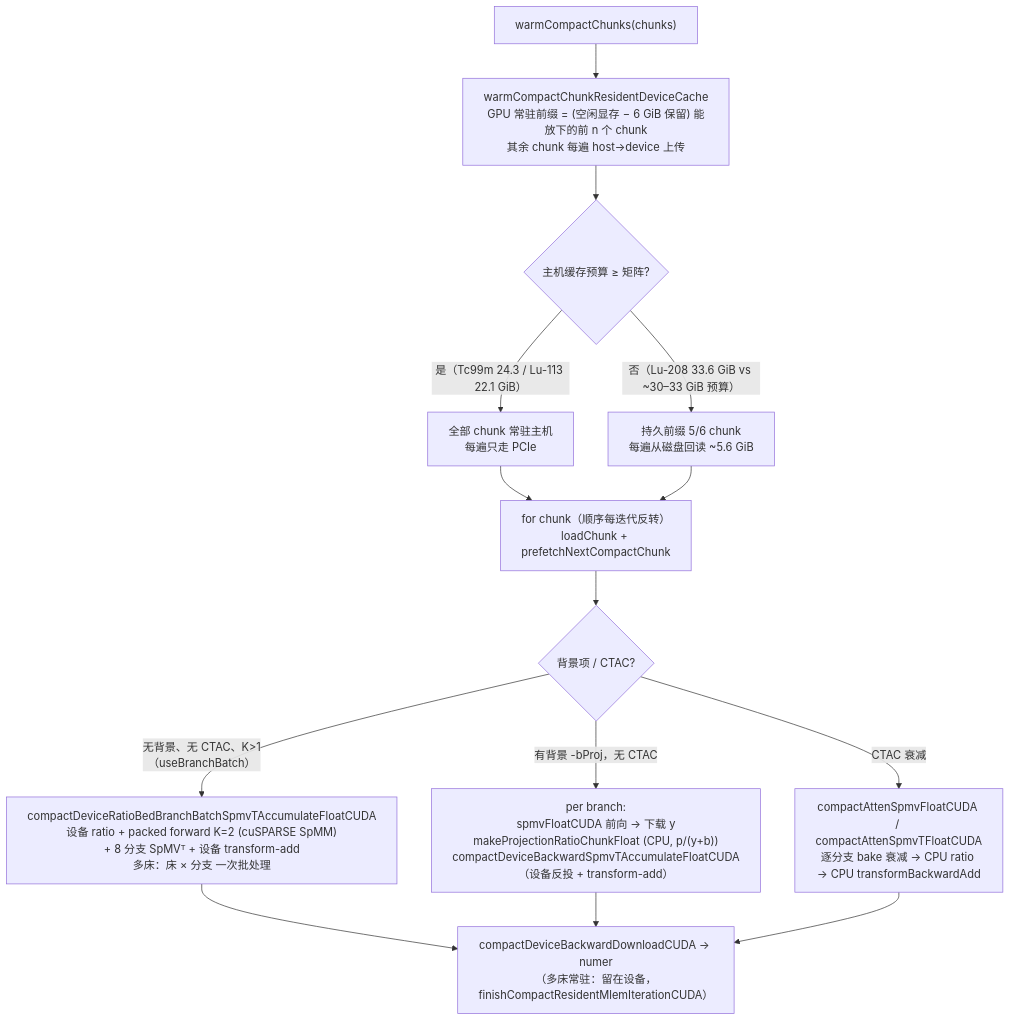
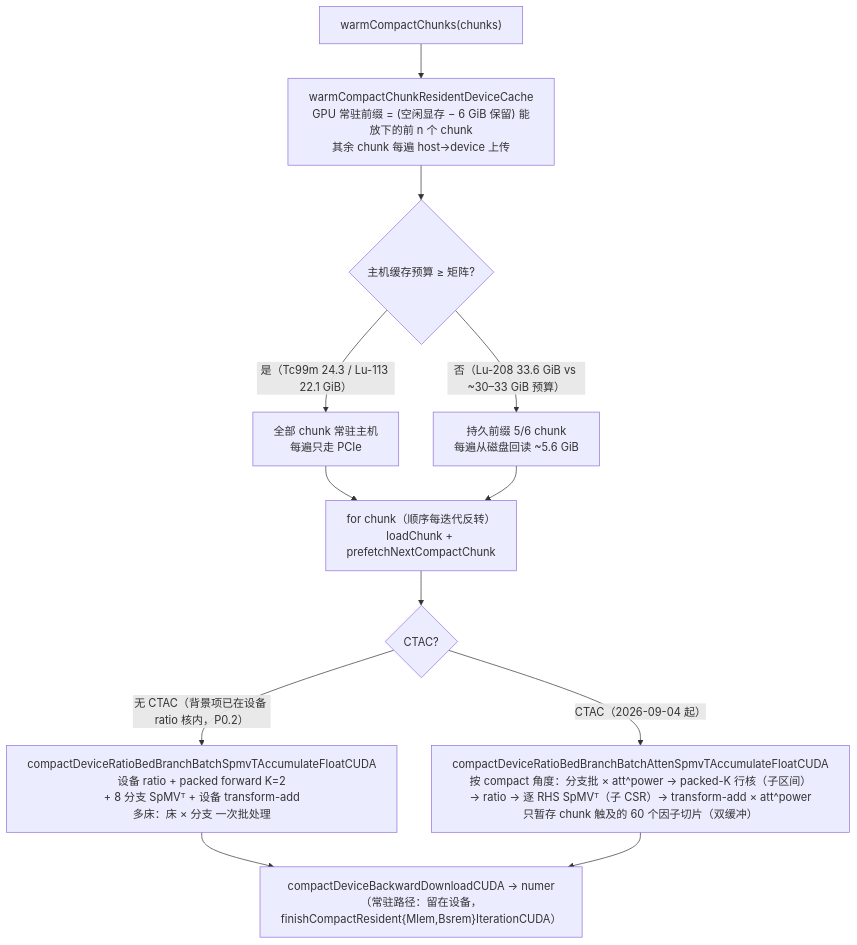
The second of 3 diagrams in reports/2026-09-04-matrix-call-flow-architecture.md (wangdy920/spect_6module_recon), drawn with Mermaid before and after one commit. The commit also changed other lines of this file and 19 other files, not shown here.

````diff
--- a/reports/2026-09-04-matrix-call-flow-architecture.md
+++ b/reports/2026-09-04-matrix-call-flow-architecture.md
@@ -47,16 +47,14 @@
 ```mermaid
 flowchart TD
     W["warmCompactChunks(chunks)"] --> WR["warmCompactChunkResidentDeviceCache<br/>GPU 常驻前缀 = (空闲显存 − 6 GiB 保留) 能放下的前 n 个 chunk<br/>其余 chunk 每遍 host→device 上传"]
     WR --> HC{"主机缓存预算 ≥ 矩阵?"}
     HC -->|"是（Tc99m 24.3 / Lu-113 22.1 GiB）"| HCOK["全部 chunk 常驻主机<br/>每遍只走 PCIe"]
     HC -->|"否（Lu-208 33.6 GiB vs ~30–33 GiB 预算）"| HCNO["持久前缀 5/6 chunk<br/>每遍从磁盘回读 ~5.6 GiB"]
     HCOK --> LOOPC
     HCNO --> LOOPC
-    LOOPC["for chunk（顺序每迭代反转）<br/>loadChunk + prefetchNextCompactChunk"] --> B{"背景项 / CTAC?"}
-    B -->|"无背景、无 CTAC、K>1<br/>（useBranchBatch）"| BB["compactDeviceRatioBedBranchBatchSpmvTAccumulateFloatCUDA<br/>设备 ratio + packed forward K=2 (cuSPARSE SpMM)<br/>+ 8 分支 SpMVᵀ + 设备 transform-add<br/>多床：床 × 分支 一次批处理"]
-    B -->|"有背景 -bProj，无 CTAC"| HR["per branch:<br/>spmvFloatCUDA 前向 → 下载 y<br/>makeProjectionRatioChunkFloat (CPU, p/(y+b))<br/>compactDeviceBackwardSpmvTAccumulateFloatCUDA<br/>（设备反投 + transform-add）"]
-    B -->|"CTAC 衰减"| AT["compactAttenSpmvFloatCUDA / compactAttenSpmvTFloatCUDA<br/>逐分支 bake 衰减 → CPU ratio → CPU transformBackwardAdd"]
-    BB --> DL["compactDeviceBackwardDownloadCUDA → numer<br/>（多床常驻：留在设备，finishCompactResidentMlemIterationCUDA）"]
-    HR --> DL
+    LOOPC["for chunk（顺序每迭代反转）<br/>loadChunk + prefetchNextCompactChunk"] --> B{"CTAC?"}
+    B -->|"无 CTAC（背景项已在设备 ratio 核内，P0.2）"| BB["compactDeviceRatioBedBranchBatchSpmvTAccumulateFloatCUDA<br/>设备 ratio + packed forward K=2<br/>+ 8 分支 SpMVᵀ + 设备 transform-add<br/>多床：床 × 分支 一次批处理"]
+    B -->|"CTAC（2026-09-04 起）"| AT["compactDeviceRatioBedBranchBatchAttenSpmvTAccumulateFloatCUDA<br/>按 compact 角度：分支批 × att^power → packed-K 行核（子区间）<br/>→ ratio → 逐 RHS SpMVᵀ（子 CSR）→ transform-add × att^power<br/>只暂存 chunk 触及的 60 个因子切片（双缓冲）"]
+    BB --> DL["compactDeviceBackwardDownloadCUDA → numer<br/>（常驻路径：留在设备，finishCompactResident{Mlem,Bsrem}IterationCUDA）"]
     AT --> DL
 ```
````
